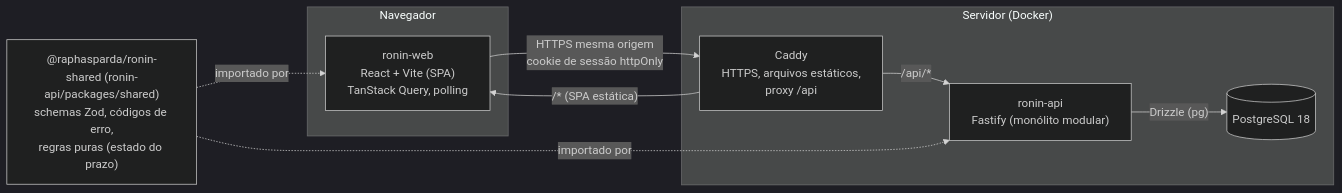
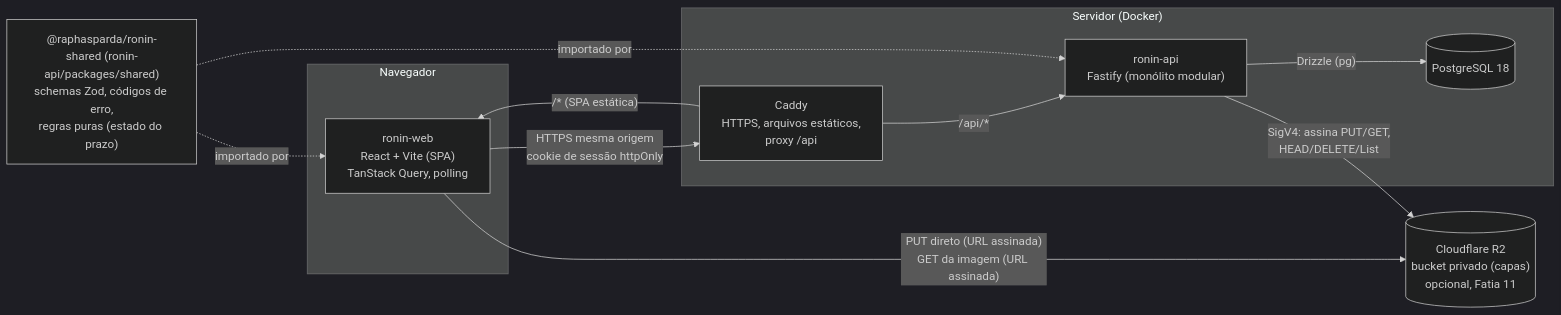
The first of 3 diagrams in docs/architecture/overview.md (raphasparda/Ronin-End), drawn with Mermaid (dark theme) before and after one commit. The commit also changed other lines of this file and 4 other files, not shown here.

````diff
--- a/docs/architecture/overview.md
+++ b/docs/architecture/overview.md
@@ -20,19 +21,22 @@
 ```mermaid
 flowchart LR
   subgraph Navegador
     WEB["ronin-web<br/>React + Vite (SPA)<br/>TanStack Query, polling"]
   end
   subgraph Servidor["Servidor (Docker)"]
     CADDY["Caddy<br/>HTTPS, arquivos estáticos,<br/>proxy /api"]
     API["ronin-api<br/>Fastify (monólito modular)"]
     PG[("PostgreSQL 18")]
   end
   SHARED["@raphasparda/ronin-shared (ronin-api/packages/shared)<br/>schemas Zod, códigos de erro,<br/>regras puras (estado do prazo)"]
+  R2[("Cloudflare R2<br/>bucket privado (capas)<br/>opcional, Fatia 11")]
 
   WEB -- "HTTPS mesma origem<br/>cookie de sessão httpOnly" --> CADDY
   CADDY -- "/api/*" --> API
   CADDY -- "/* (SPA estática)" --> WEB
   API -- "Drizzle (pg)" --> PG
+  API -- "SigV4: assina PUT/GET,<br/>HEAD/DELETE/List" --> R2
+  WEB -- "PUT direto (URL assinada)<br/>GET da imagem (URL assinada)" --> R2
   SHARED -. importado por .-> WEB
   SHARED -. importado por .-> API
 ```
````
